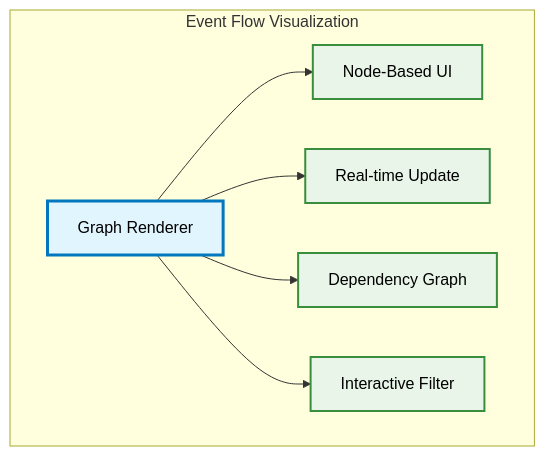
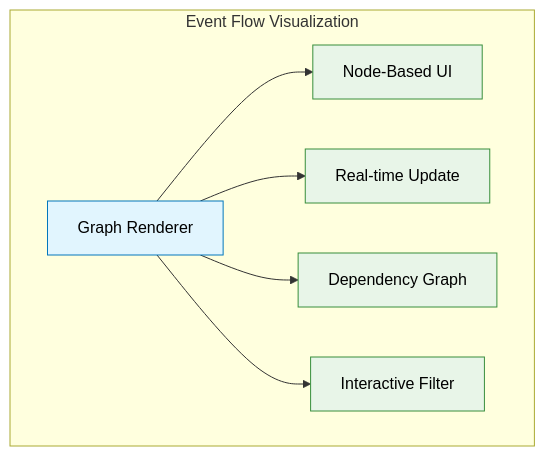
The sixth of 8 diagrams in DESIGN.md (u-satoru/URP3D_Base01), drawn with Mermaid before and after one commit. The commit also changed other lines of this file and 1 other file, not shown here.

````diff
--- a/DESIGN.md
+++ b/DESIGN.md
@@ -432,21 +1103,21 @@
 ```mermaid
-flowchart TB
-    subgraph "Event Flow Visualization"
-        A["Graph Renderer"]
-        B["Node-Based UI"]
-        C["Real-time Update"]
-        D["Dependency Graph"]
-        E["Interactive Filter"]
+graph TB
+    subgraph EventFlowVisualization[Event Flow Visualization]
+        A[Graph Renderer]
+        B[Node-Based UI]
+        C[Real-time Update]
+        D[Dependency Graph]
+        E[Interactive Filter]
 
         A --> B
         A --> C
         A --> D
         A --> E
     end
 
-    classDef renderer fill:#e1f5fe,stroke:#0277bd,stroke-width:3px,color:#000
-    classDef feature fill:#e8f5e8,stroke:#388e3c,stroke-width:2px,color:#000
+    classDef renderer fill:#e1f5fe,stroke:#0277bd,color:#000
+    classDef feature fill:#e8f5e8,stroke:#388e3c,color:#000
 
     class A renderer
     class B,C,D,E feature
 ```
````
